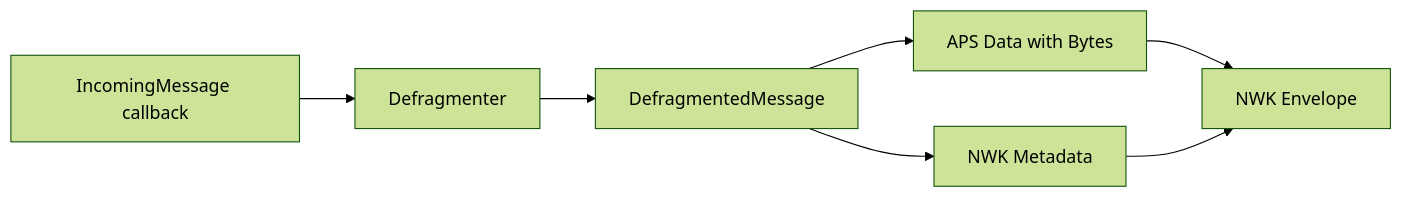
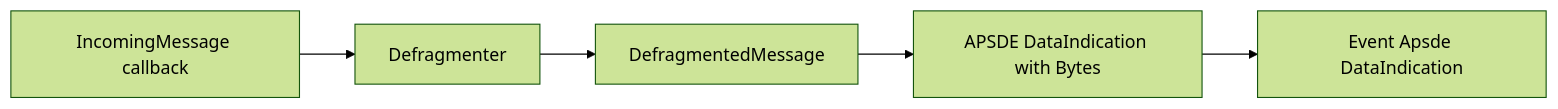
One commit to PaulmannLighting/ezsp changed the ninth of 9 diagrams in ARCHITECTURE.md. Above: the diagram before and after it, drawn with Mermaid (forest theme). The commit also changed other lines of this file and 17 other files, not shown here.

````diff
--- a/ARCHITECTURE.md
+++ b/ARCHITECTURE.md
@@ -452,9 +459,7 @@
 ```mermaid
 flowchart LR
     incoming[IncomingMessage callback] --> defrag[Defragmenter]
     defrag --> complete[DefragmentedMessage]
-    complete --> aps[APS Data with Bytes]
-    complete --> metadata[NWK Metadata]
-    aps --> envelope[NWK Envelope]
-    metadata --> envelope
+    complete --> indication[APSDE DataIndication with Bytes]
+    indication --> event[Event Apsde DataIndication]
 ```
````
